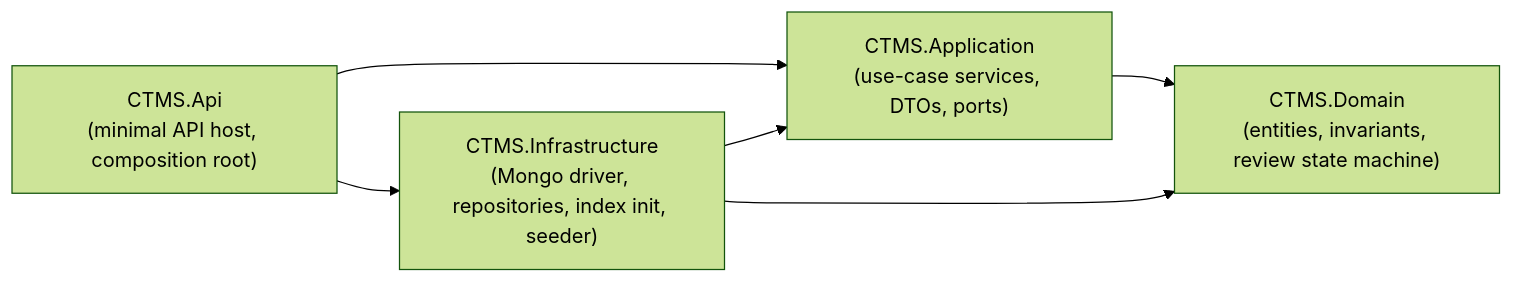
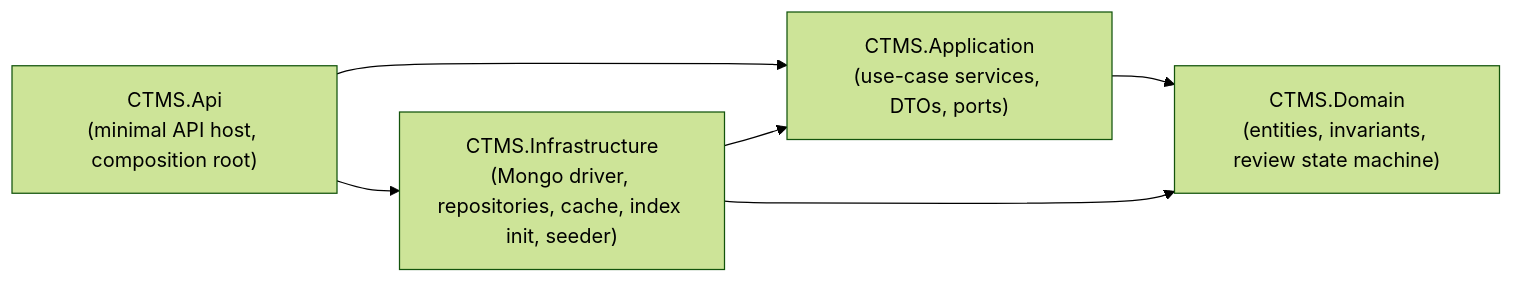
Before and after one commit to mohammedmsadiq/CTMS: the first of 5 diagrams in docs/architecture.md, drawn with Mermaid (forest theme). The commit also changed other lines of this file and 2 other files, not shown here.

````diff
--- a/docs/architecture.md
+++ b/docs/architecture.md
@@ -45,13 +51,13 @@
 ```mermaid
 flowchart LR
     Api["CTMS.Api<br/>(minimal API host, composition root)"]
     App["CTMS.Application<br/>(use-case services, DTOs, ports)"]
-    Infra["CTMS.Infrastructure<br/>(Mongo driver, repositories, index init, seeder)"]
+    Infra["CTMS.Infrastructure<br/>(Mongo driver, repositories, cache, index init, seeder)"]
     Domain["CTMS.Domain<br/>(entities, invariants, review state machine)"]
 
     Api --> App
     Api --> Infra
     Infra --> App
     App --> Domain
     Infra --> Domain
 ```
````
